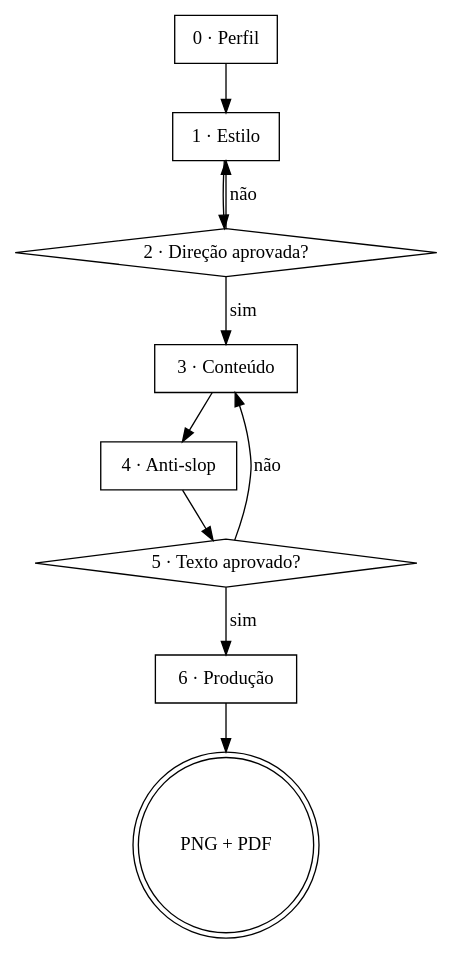
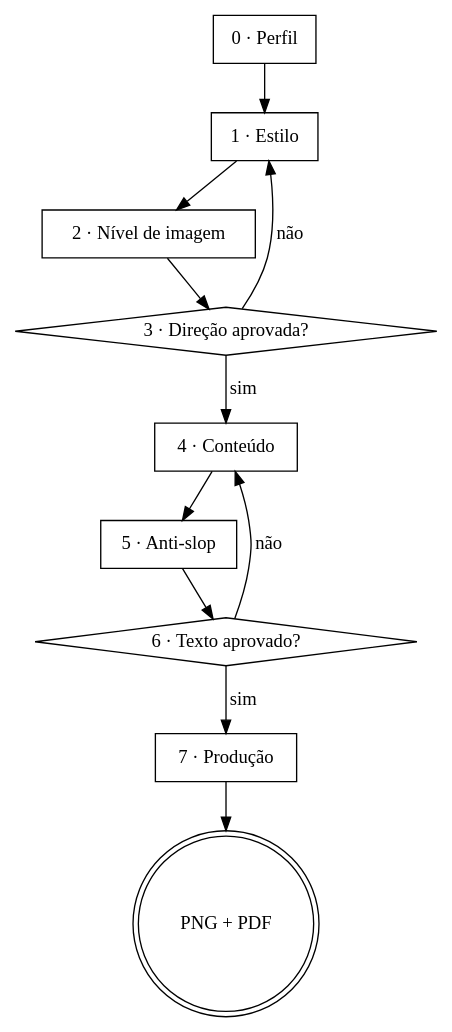
Before and after one commit to drudif/carroussel-please: the diagram in SKILL.md, drawn with Graphviz. The commit also changed other lines of this file and 10 other files, not shown here.

````diff
--- a/SKILL.md
+++ b/SKILL.md
@@ -29,20 +29,21 @@
 ```dot
 digraph carrossel {
   "0 · Perfil" [shape=box];
   "1 · Estilo" [shape=box];
-  "2 · Direção aprovada?" [shape=diamond];
-  "3 · Conteúdo" [shape=box];
-  "4 · Anti-slop" [shape=box];
-  "5 · Texto aprovado?" [shape=diamond];
-  "6 · Produção" [shape=box];
+  "2 · Nível de imagem" [shape=box];
+  "3 · Direção aprovada?" [shape=diamond];
+  "4 · Conteúdo" [shape=box];
+  "5 · Anti-slop" [shape=box];
+  "6 · Texto aprovado?" [shape=diamond];
+  "7 · Produção" [shape=box];
   "PNG + PDF" [shape=doublecircle];
 
-  "0 · Perfil" -> "1 · Estilo" -> "2 · Direção aprovada?";
-  "2 · Direção aprovada?" -> "1 · Estilo" [label="não"];
-  "2 · Direção aprovada?" -> "3 · Conteúdo" [label="sim"];
-  "3 · Conteúdo" -> "4 · Anti-slop" -> "5 · Texto aprovado?";
-  "5 · Texto aprovado?" -> "3 · Conteúdo" [label="não"];
-  "5 · Texto aprovado?" -> "6 · Produção" [label="sim"];
-  "6 · Produção" -> "PNG + PDF";
+  "0 · Perfil" -> "1 · Estilo" -> "2 · Nível de imagem" -> "3 · Direção aprovada?";
+  "3 · Direção aprovada?" -> "1 · Estilo" [label="não"];
+  "3 · Direção aprovada?" -> "4 · Conteúdo" [label="sim"];
+  "4 · Conteúdo" -> "5 · Anti-slop" -> "6 · Texto aprovado?";
+  "6 · Texto aprovado?" -> "4 · Conteúdo" [label="não"];
+  "6 · Texto aprovado?" -> "7 · Produção" [label="sim"];
+  "7 · Produção" -> "PNG + PDF";
 }
 ```
````
